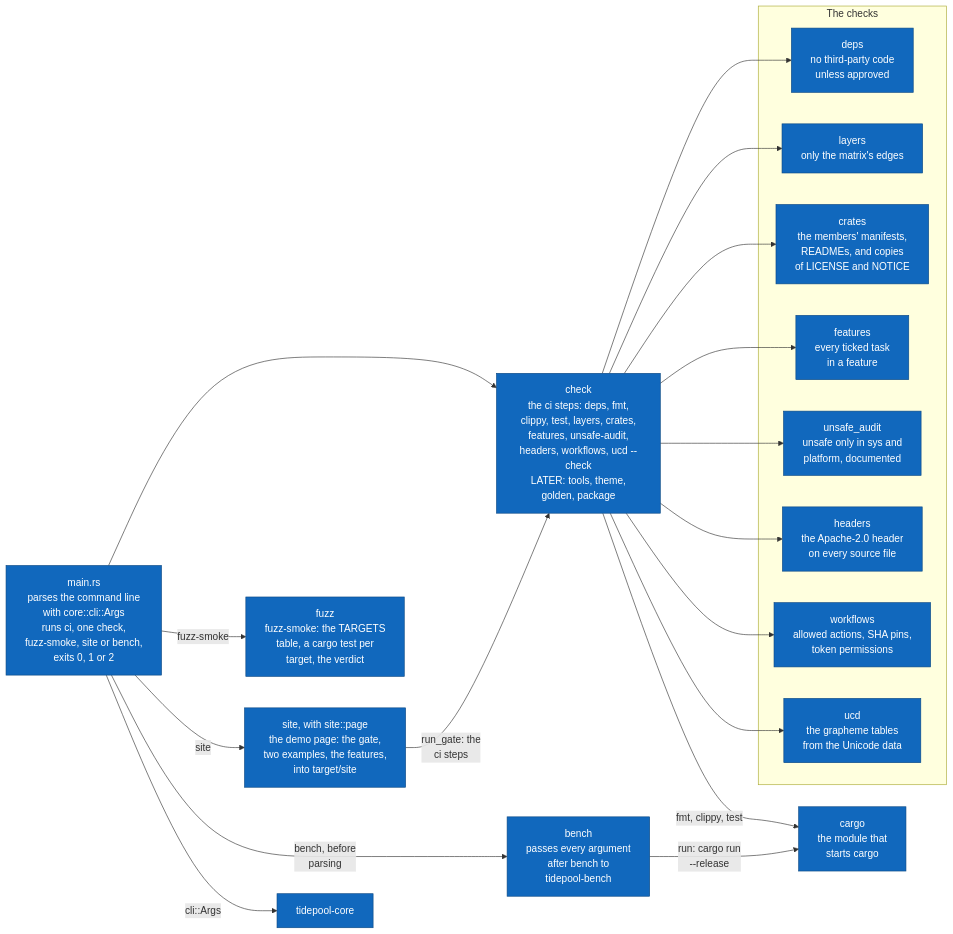
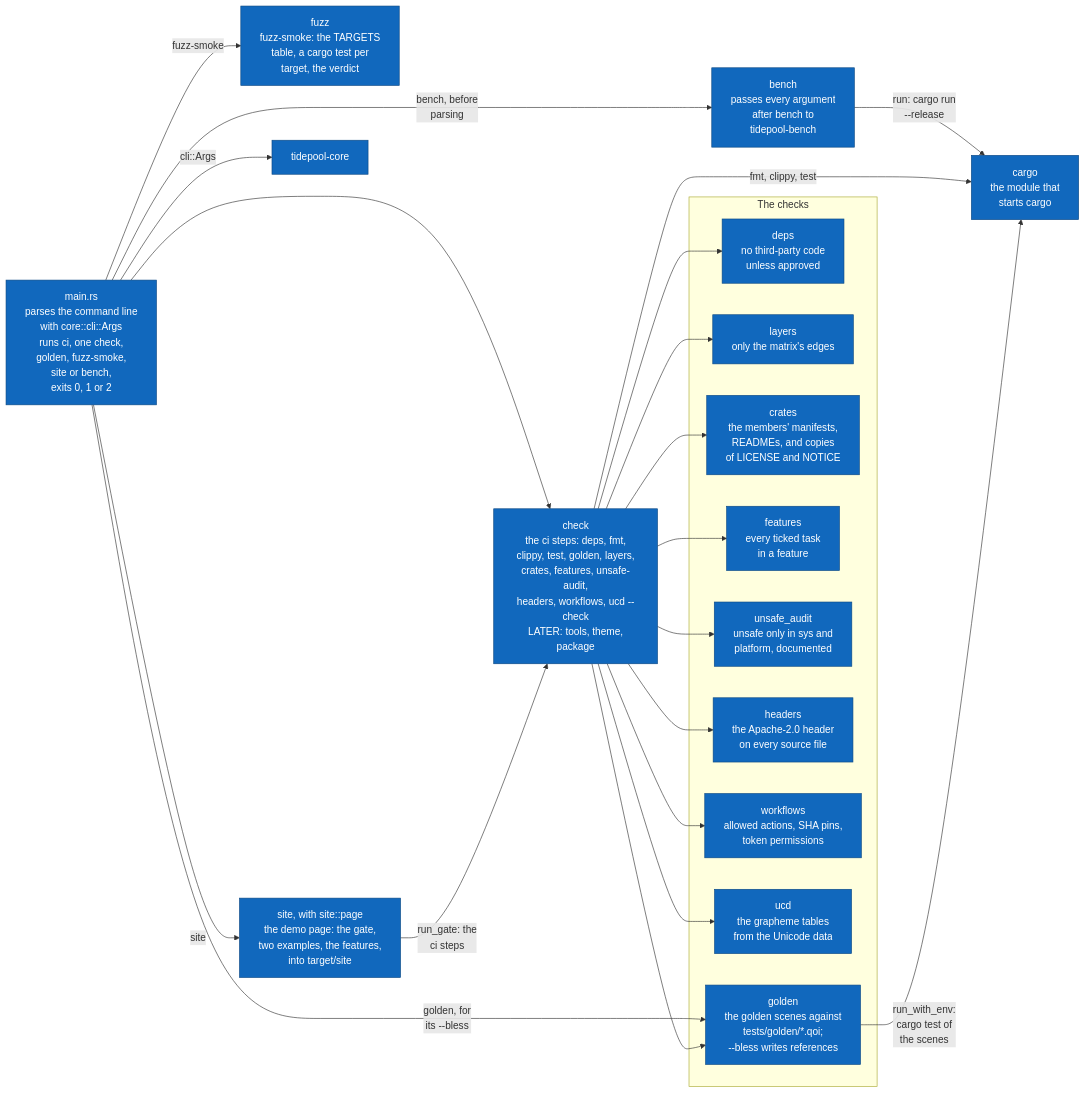
Diagram 11 of 17 in diagrams/c4-architecture.md (jabbott-iii/Tidepool), drawn with Mermaid before and after one commit. The commit also changed other lines of this file and 67 other files, not shown here.

First line of the commit message:
codec, gfx, xtask: QOI, the golden harness and gfx goldens (M2.4)

````diff
--- a/diagrams/c4-architecture.md
+++ b/diagrams/c4-architecture.md
@@ -557,40 +568,44 @@
 ```mermaid
 flowchart LR
-    m_main["main.rs<br/>parses the command line<br/>with core::cli::Args<br/>runs ci, one check,<br/>fuzz-smoke, site or bench,<br/>exits 0, 1 or 2"]
-    m_check["check<br/>the ci steps: deps, fmt,<br/>clippy, test, layers, crates,<br/>features, unsafe-audit,<br/>headers, workflows, ucd --check<br/>LATER: tools, theme,<br/>golden, package"]
+    m_main["main.rs<br/>parses the command line<br/>with core::cli::Args<br/>runs ci, one check,<br/>golden, fuzz-smoke,<br/>site or bench,<br/>exits 0, 1 or 2"]
+    m_check["check<br/>the ci steps: deps, fmt,<br/>clippy, test, golden, layers,<br/>crates, features, unsafe-audit,<br/>headers, workflows, ucd --check<br/>LATER: tools, theme,<br/>package"]
     subgraph b_checks["The checks"]
         m_deps["deps<br/>no third-party code<br/>unless approved"]
         m_layers["layers<br/>only the matrix's edges"]
         m_crates["crates<br/>the members' manifests,<br/>READMEs, and copies<br/>of LICENSE and NOTICE"]
         m_features["features<br/>every ticked task<br/>in a feature"]
         m_unsafe["unsafe_audit<br/>unsafe only in sys and<br/>platform, documented"]
         m_headers["headers<br/>the Apache-2.0 header<br/>on every source file"]
         m_workflows["workflows<br/>allowed actions, SHA pins,<br/>token permissions"]
         m_ucd["ucd<br/>the grapheme tables<br/>from the Unicode data"]
+        m_golden["golden<br/>the golden scenes against<br/>tests/golden/*.qoi;<br/>--bless writes references"]
     end
     m_fuzz["fuzz<br/>fuzz-smoke: the TARGETS<br/>table, a cargo test per<br/>target, the verdict"]
     m_site["site, with site::page<br/>the demo page: the gate,<br/>two examples, the features,<br/>into target/site"]
     m_bench["bench<br/>passes every argument<br/>after bench to<br/>tidepool-bench"]
     m_cargo["cargo<br/>the module that<br/>starts cargo"]
     k_core["tidepool-core"]
 
     m_main --> m_check
+    m_main -->|"golden, for<br/>its --bless"| m_golden
     m_main -->|"fuzz-smoke"| m_fuzz
     m_main -->|"site"| m_site
     m_main -->|"bench, before<br/>parsing"| m_bench
     m_bench -->|"run: cargo run<br/>--release"| m_cargo
     m_site -->|"run_gate: the<br/>ci steps"| m_check
     m_main -->|"cli::Args"| k_core
     m_check --> m_deps
     m_check --> m_layers
     m_check --> m_crates
     m_check --> m_features
     m_check --> m_unsafe
     m_check --> m_headers
     m_check --> m_workflows
     m_check --> m_ucd
+    m_check --> m_golden
     m_check -->|"fmt, clippy, test"| m_cargo
+    m_golden -->|"run_with_env:<br/>cargo test of<br/>the scenes"| m_cargo
 
     classDef built fill:#1168bd,stroke:#0b4884,color:#ffffff
-    class m_main,m_check,m_deps,m_layers,m_crates,m_features,m_unsafe,m_headers,m_workflows,m_ucd,m_fuzz,m_site,m_bench,m_cargo,k_core built
+    class m_main,m_check,m_deps,m_layers,m_crates,m_features,m_unsafe,m_headers,m_workflows,m_ucd,m_golden,m_fuzz,m_site,m_bench,m_cargo,k_core built
 ```
````
